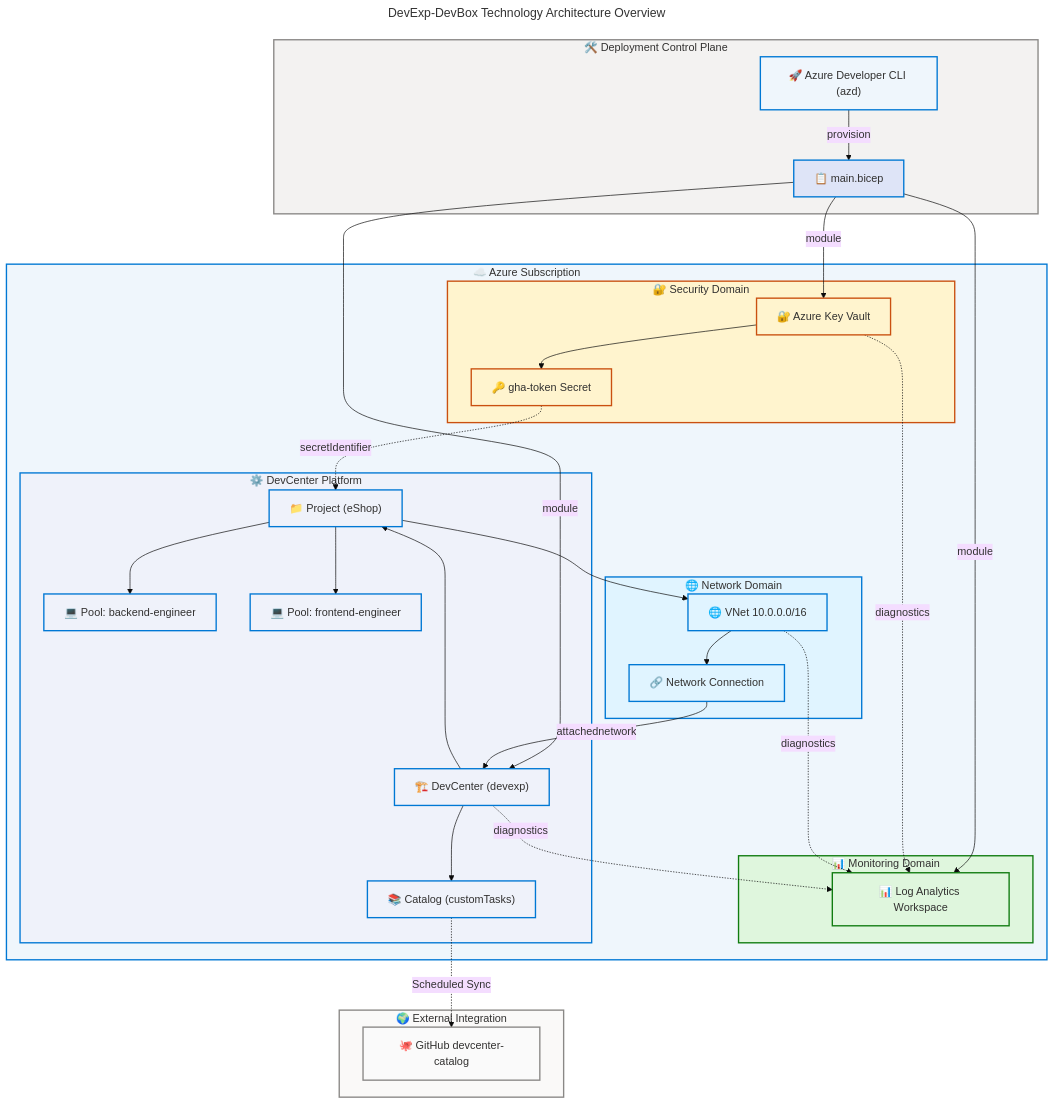
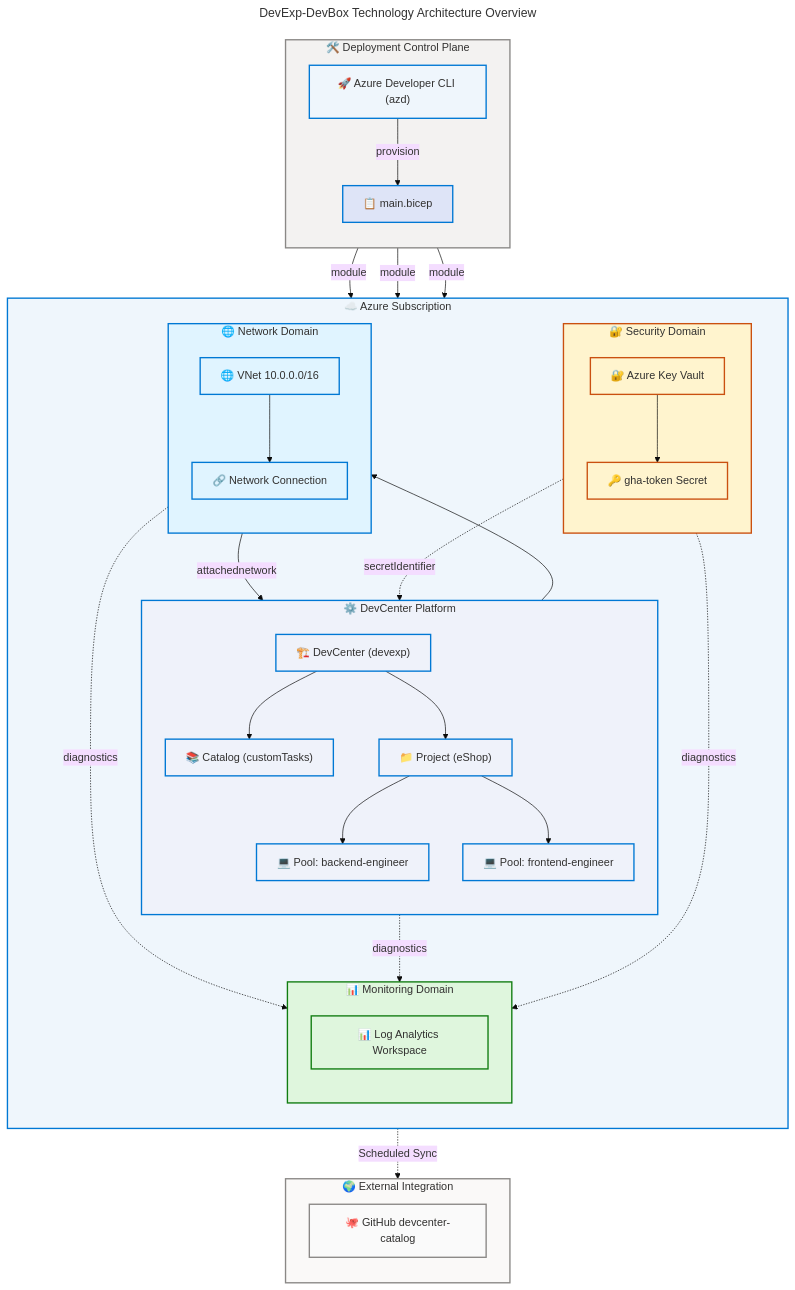
One commit to Evilazaro/DevExp-DevBox changed the first of 4 diagrams in docs/architecture/tech-arch.md. Above: the diagram before and after it, drawn with Mermaid. The commit also changed other lines of this file, not shown here.

Commit message:
Add flow direction to subgraphs in technology architecture diagrams for improved clarity

```diff
--- a/docs/architecture/tech-arch.md
+++ b/docs/architecture/tech-arch.md
@@ -96,19 +96,24 @@
     %% ═══════════════════════════════════════════════════════════════
 
     subgraph DEP["🛠️ Deployment Control Plane"]
+        direction TB
         AZD["🚀 Azure Developer CLI (azd)"]:::tooling
         MAIN["📋 main.bicep"]:::iac
     end
 
     subgraph AZ["☁️ Azure Subscription"]
+        direction TB
         subgraph MON_D["📊 Monitoring Domain"]
+            direction TB
             LAW["📊 Log Analytics Workspace"]:::monitoring
         end
         subgraph SEC_D["🔐 Security Domain"]
+            direction TB
             KV["🔐 Azure Key Vault"]:::security
             SECRET["🔑 gha-token Secret"]:::security
         end
         subgraph WL_D["⚙️ DevCenter Platform"]
+            direction TB
             DC["🏗️ DevCenter (devexp)"]:::platform
             ECAT["📚 Catalog (customTasks)"]:::platform
             PROJ["📁 Project (eShop)"]:::platform
@@ -116,12 +121,14 @@
             POOL_FE["💻 Pool: frontend-engineer"]:::platform
         end
         subgraph NET_D["🌐 Network Domain"]
+            direction TB
             VNET["🌐 VNet 10.0.0.0/16"]:::network
             NETCONN["🔗 Network Connection"]:::network
         end
     end
 
     subgraph EXT["🌍 External Integration"]
+        direction TB
         GH["🐙 GitHub devcenter-catalog"]:::external
     end
 
```
